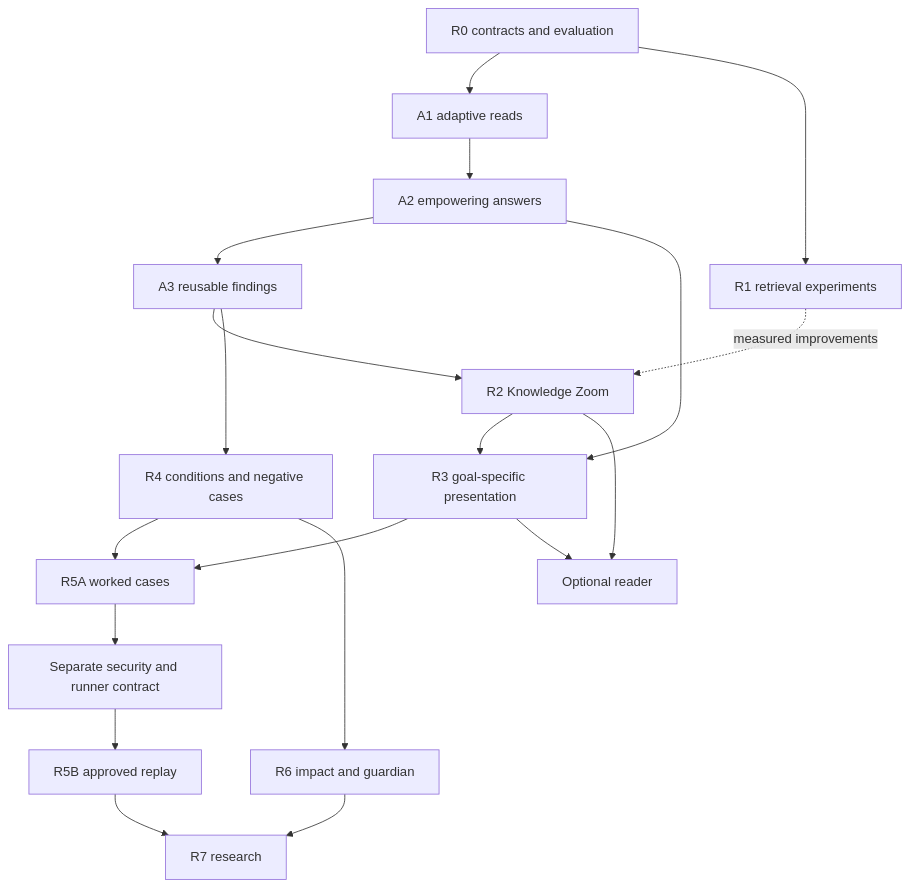
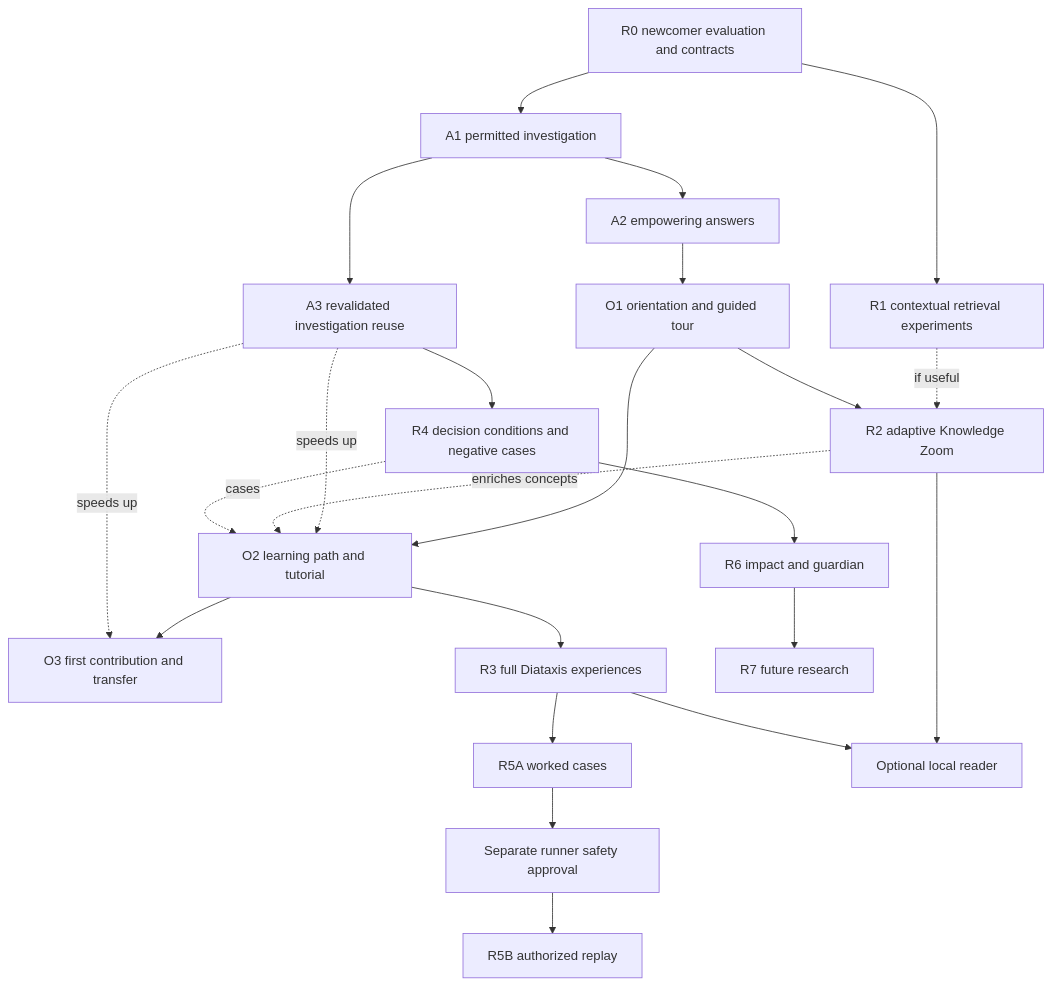
The diagram in docs/KNOWLEDGE_EXPERIENCE_ROADMAP.md (grove/lore), drawn with Mermaid before and after one commit. The commit also changed other lines of this file, not shown here.

Commit message:
docs: align roadmap dependencies, assessment, and safety gates with onboarding

````diff
--- a/docs/KNOWLEDGE_EXPERIENCE_ROADMAP.md
+++ b/docs/KNOWLEDGE_EXPERIENCE_ROADMAP.md
@@ -373,21 +373,25 @@
 ```mermaid
 flowchart TD
-  R0[R0 contracts and evaluation] --> A1[A1 adaptive reads]
+  R0[R0 newcomer evaluation and contracts] --> A1[A1 permitted investigation]
   A1 --> A2[A2 empowering answers]
-  A2 --> A3[A3 reusable findings]
-  R0 --> R1[R1 retrieval experiments]
-  A2 --> R3[R3 goal-specific presentation]
-  A3 --> R2[R2 Knowledge Zoom]
-  R1 -. measured improvements .-> R2
-  R2 --> R3
-  A3 --> R4[R4 conditions and negative cases]
+  A2 --> O1[O1 orientation and guided tour]
+  O1 --> O2[O2 learning path and tutorial]
+  O2 --> O3[O3 first contribution and transfer]
+  A1 --> A3[A3 revalidated investigation reuse]
+  A3 -. speeds up .-> O2
+  A3 -. speeds up .-> O3
+  R0 --> R1[R1 contextual retrieval experiments]
+  R1 -. if useful .-> R2[R2 adaptive Knowledge Zoom]
+  O1 --> R2
+  R2 -. enriches concepts .-> O2
+  O2 --> R3[R3 full Diataxis experiences]
+  A3 --> R4[R4 decision conditions and negative cases]
+  R4 -. cases .-> O2
   R3 --> R5A[R5A worked cases]
-  R4 --> R5A
-  R5A --> S[Separate security and runner contract]
-  S --> R5B[R5B approved replay]
+  R5A --> S[Separate runner safety approval]
+  S --> R5B[R5B authorized replay]
   R4 --> R6[R6 impact and guardian]
-  R2 --> UI[Optional reader]
+  R2 --> UI[Optional local reader]
   R3 --> UI
-  R6 --> R7[R7 research]
-  R5B --> R7
+  R6 --> R7[R7 future research]
 ```
````
